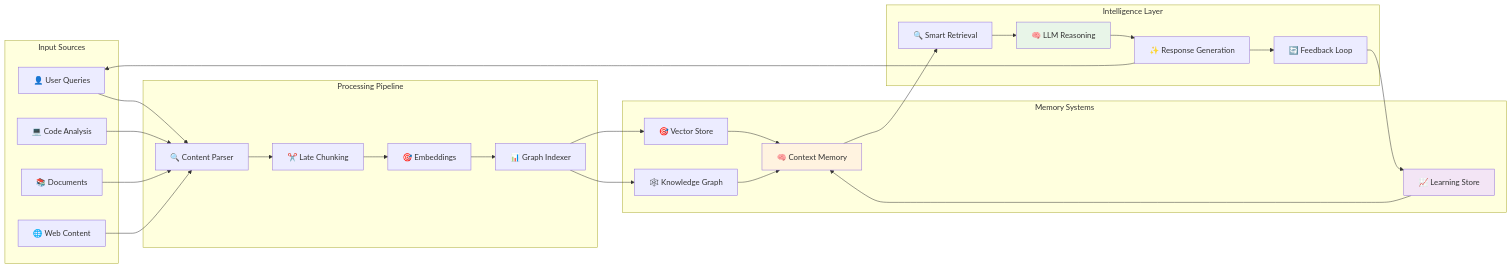
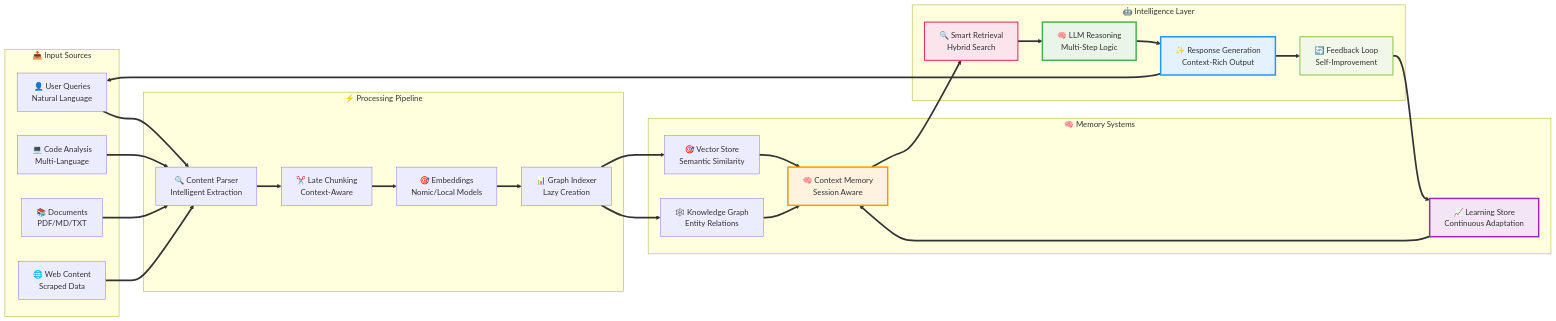
One commit to Ruben-Alvarez-Dev/AI-server changed the second of 2 diagrams in README.md. Above: the diagram before and after it, drawn with Mermaid. The commit also changed other lines of this file, not shown here.

First line of the commit message:
style: enhance README visual appeal and diagram visibility

````diff
--- a/README.md
+++ b/README.md
@@ -91,58 +190,61 @@
 ```mermaid
 flowchart LR
-    subgraph "Input Sources"
-        USER[👤 User Queries]
-        CODE[💻 Code Analysis]
-        DOCS[📚 Documents]
-        WEB[🌐 Web Content]
+    subgraph "📥 Input Sources"
+        USER["👤 User Queries<br/>Natural Language"]
+        CODE["💻 Code Analysis<br/>Multi-Language"]
+        DOCS["📚 Documents<br/>PDF/MD/TXT"]
+        WEB["🌐 Web Content<br/>Scraped Data"]
     end
     
-    subgraph "Processing Pipeline"
-        PARSE[🔍 Content Parser]
-        CHUNK[✂️ Late Chunking]
-        EMBED[🎯 Embeddings]
-        INDEX[📊 Graph Indexer]
+    subgraph "⚡ Processing Pipeline"
+        PARSE["🔍 Content Parser<br/>Intelligent Extraction"]
+        CHUNK["✂️ Late Chunking<br/>Context-Aware"]
+        EMBED["🎯 Embeddings<br/>Nomic/Local Models"]
+        INDEX["📊 Graph Indexer<br/>Lazy Creation"]
     end
     
-    subgraph "Memory Systems"
-        VECTOR[🎯 Vector Store]
-        GRAPH_DB[🕸️ Knowledge Graph]
-        CONTEXT[🧠 Context Memory]
-        LEARN[📈 Learning Store]
+    subgraph "🧠 Memory Systems"
+        VECTOR["🎯 Vector Store<br/>Semantic Similarity"]
+        GRAPH_DB["🕸️ Knowledge Graph<br/>Entity Relations"]
+        CONTEXT["🧠 Context Memory<br/>Session Aware"]
+        LEARN["📈 Learning Store<br/>Continuous Adaptation"]
     end
     
-    subgraph "Intelligence Layer"
-        RETRIEVE[🔍 Smart Retrieval]
-        REASON[🧠 LLM Reasoning]
-        GENERATE[✨ Response Generation]
-        FEEDBACK[🔄 Feedback Loop]
+    subgraph "🤖 Intelligence Layer"
+        RETRIEVE["🔍 Smart Retrieval<br/>Hybrid Search"]
+        REASON["🧠 LLM Reasoning<br/>Multi-Step Logic"]
+        GENERATE["✨ Response Generation<br/>Context-Rich Output"]
+        FEEDBACK["🔄 Feedback Loop<br/>Self-Improvement"]
     end
     
-    USER --> PARSE
-    CODE --> PARSE
-    DOCS --> PARSE
-    WEB --> PARSE
+    USER ==> PARSE
+    CODE ==> PARSE
+    DOCS ==> PARSE
+    WEB ==> PARSE
     
-    PARSE --> CHUNK
-    CHUNK --> EMBED
-    EMBED --> INDEX
+    PARSE ==> CHUNK
+    CHUNK ==> EMBED
+    EMBED ==> INDEX
     
-    INDEX --> VECTOR
-    INDEX --> GRAPH_DB
-    VECTOR --> CONTEXT
-    GRAPH_DB --> CONTEXT
+    INDEX ==> VECTOR
+    INDEX ==> GRAPH_DB
+    VECTOR ==> CONTEXT
+    GRAPH_DB ==> CONTEXT
     
-    CONTEXT --> RETRIEVE
-    RETRIEVE --> REASON
-    REASON --> GENERATE
-    GENERATE --> FEEDBACK
+    CONTEXT ==> RETRIEVE
+    RETRIEVE ==> REASON
+    REASON ==> GENERATE
+    GENERATE ==> FEEDBACK
     
-    FEEDBACK --> LEARN
-    LEARN --> CONTEXT
+    FEEDBACK ==> LEARN
+    LEARN ==> CONTEXT
     
-    GENERATE --> USER
+    GENERATE ==> USER
     
-    style REASON fill:#e8f5e8
-    style CONTEXT fill:#fff3e0
-    style LEARN fill:#f3e5f5
+    style REASON fill:#e8f5e8,stroke:#4caf50,stroke-width:3px
+    style CONTEXT fill:#fff3e0,stroke:#ff9800,stroke-width:3px
+    style LEARN fill:#f3e5f5,stroke:#9c27b0,stroke-width:3px
+    style GENERATE fill:#e3f2fd,stroke:#2196f3,stroke-width:3px
+    style RETRIEVE fill:#fce4ec,stroke:#e91e63,stroke-width:2px
+    style FEEDBACK fill:#f1f8e9,stroke:#8bc34a,stroke-width:2px
 ```
````
